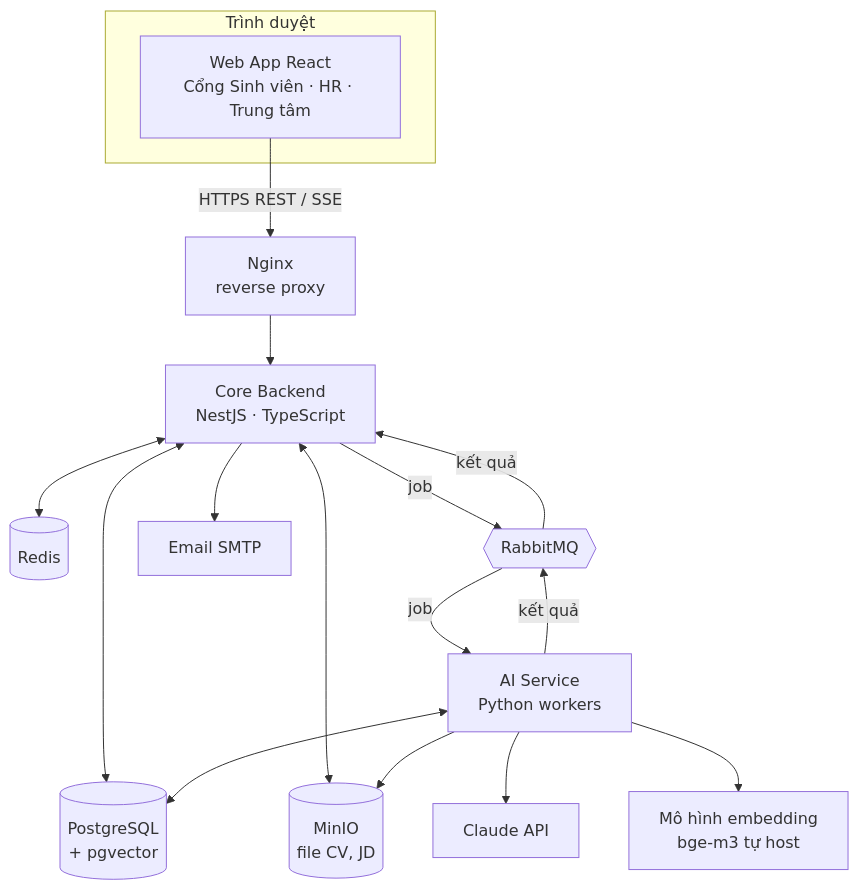
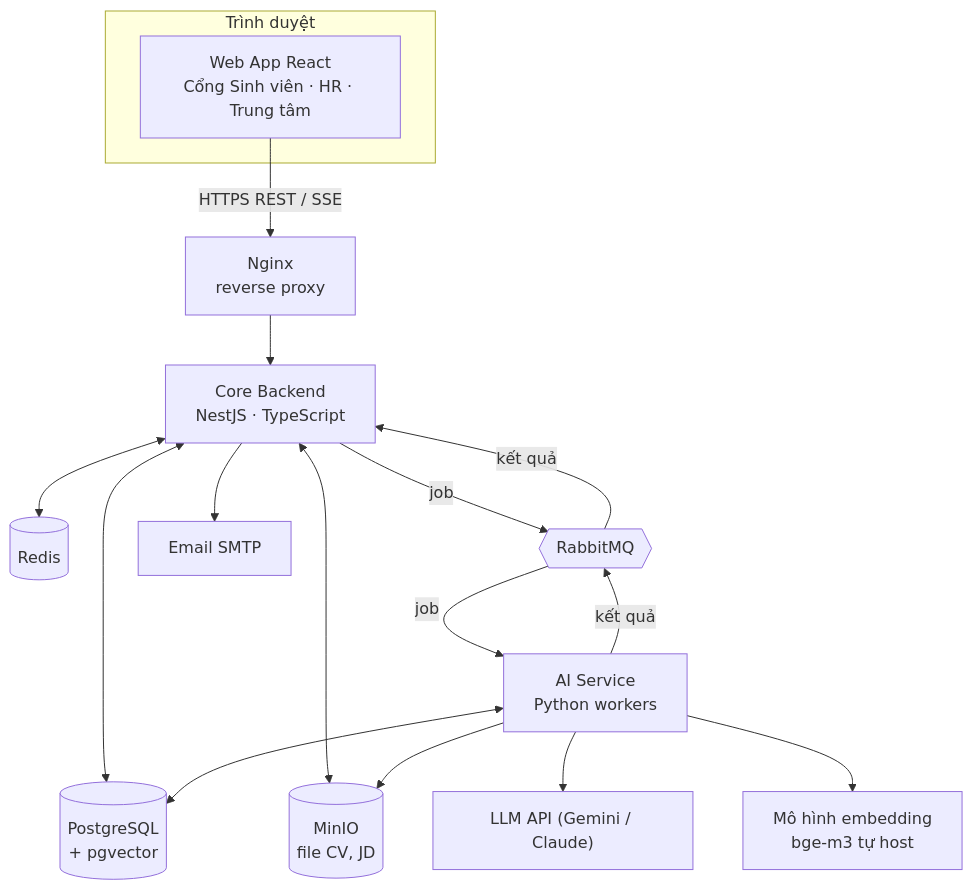
Before and after one commit to PDTnhah/Smart-Recruit-Match: the first of 4 diagrams in docs/ARCHITECTURE.md, drawn with Mermaid. The commit also changed other lines of this file and 17 other files, not shown here.

````diff
--- a/docs/ARCHITECTURE.md
+++ b/docs/ARCHITECTURE.md
@@ -23,20 +23,20 @@
 ```mermaid
 flowchart TB
     subgraph Client[Trình duyệt]
         FE[Web App React<br/>Cổng Sinh viên · HR · Trung tâm]
     end
     FE -- HTTPS REST / SSE --> GW[Nginx<br/>reverse proxy]
     GW --> BE[Core Backend<br/>NestJS · TypeScript]
     BE <--> PG[(PostgreSQL<br/>+ pgvector)]
     BE <--> RD[(Redis)]
     BE <--> S3[(MinIO<br/>file CV, JD)]
     BE -- job --> MQ{{RabbitMQ}}
     MQ -- job --> AIW[AI Service<br/>Python workers]
     AIW -- kết quả --> MQ
     MQ -- kết quả --> BE
-    AIW --> LLM[Claude API]
+    AIW --> LLM["LLM API (Gemini / Claude)"]
     AIW --> EMB[Mô hình embedding<br/>bge-m3 tự host]
     AIW <--> PG
     AIW --> S3
     BE --> SMTP[Email SMTP]
 ```
````
